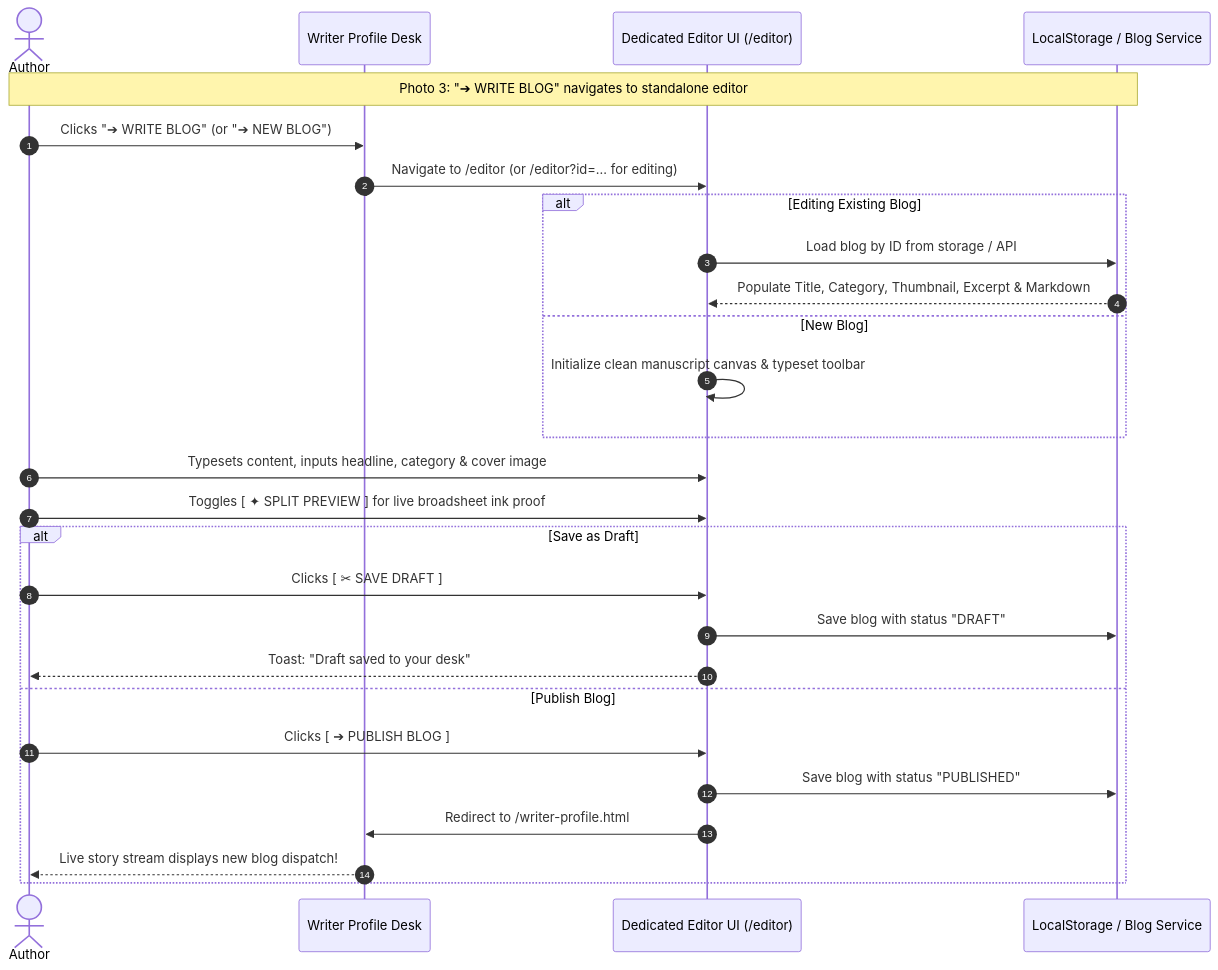
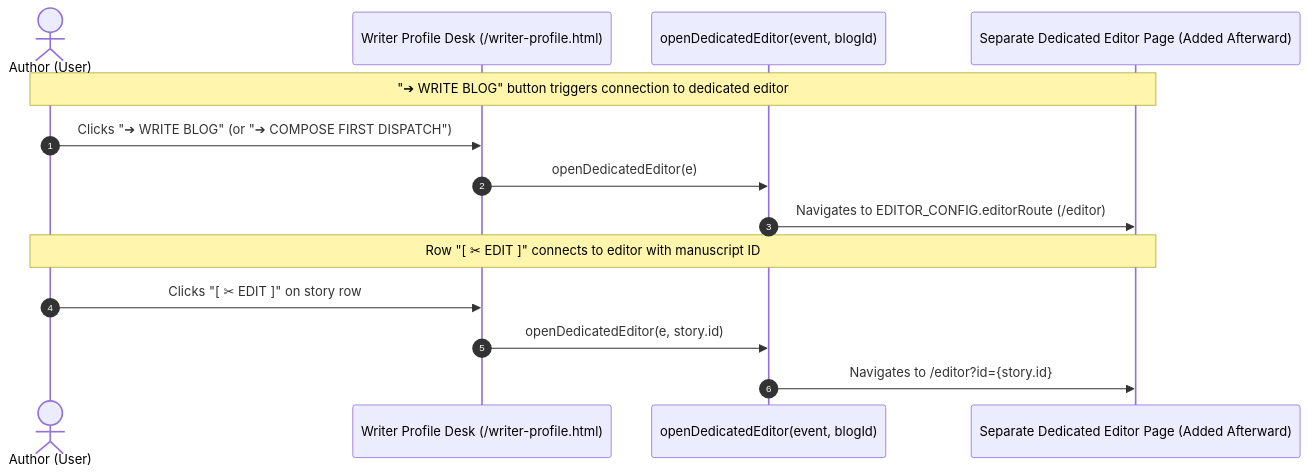
Before and after one commit to ACES-PVGCOET/aces-blogs-frontend: the third of 4 diagrams in connections.md, drawn with Mermaid. The commit also changed other lines of this file and 5 other files, not shown here.

Commit message:
Refine writer profile: clean modal popups, theme sync, and connect editor hook

````diff
--- a/connections.md
+++ b/connections.md
@@ -91,33 +92,18 @@
 ```mermaid
 sequenceDiagram
     autonumber
-    actor Author as Author
-    participant Desk as Writer Profile Desk
-    participant Editor as Dedicated Editor UI (/editor)
-    participant Storage as LocalStorage / Blog Service
+    actor Author as Author (User)
+    participant Desk as Writer Profile Desk (/writer-profile.html)
+    participant RouteHook as openDedicatedEditor(event, blogId)
+    participant DedicatedEditor as Separate Dedicated Editor Page (Added Afterward)
 
-    Note over Author,Storage: Photo 3: "➔ WRITE BLOG" navigates to standalone editor
-    Author->>Desk: Clicks "➔ WRITE BLOG" (or "➔ NEW BLOG")
-    Desk->>Editor: Navigate to /editor (or /editor?id=... for editing)
-    
-    alt Editing Existing Blog
-        Editor->>Storage: Load blog by ID from storage / API
-        Storage-->>Editor: Populate Title, Category, Thumbnail, Excerpt & Markdown
-    else New Blog
-        Editor->>Editor: Initialize clean manuscript canvas & typeset toolbar
-    end
+    Note over Author,DedicatedEditor: "➔ WRITE BLOG" button triggers connection to dedicated editor
+    Author->>Desk: Clicks "➔ WRITE BLOG" (or "➔ COMPOSE FIRST DISPATCH")
+    Desk->>RouteHook: openDedicatedEditor(e)
+    RouteHook->>DedicatedEditor: Navigates to EDITOR_CONFIG.editorRoute (/editor)
 
-    Author->>Editor: Typesets content, inputs headline, category & cover image
-    Author->>Editor: Toggles [ ✦ SPLIT PREVIEW ] for live broadsheet ink proof
-
-    alt Save as Draft
-        Author->>Editor: Clicks [ ✂ SAVE DRAFT ]
-        Editor->>Storage: Save blog with status "DRAFT"
-        Editor-->>Author: Toast: "Draft saved to your desk"
-    else Publish Blog
-        Author->>Editor: Clicks [ ➔ PUBLISH BLOG ]
-        Editor->>Storage: Save blog with status "PUBLISHED"
-        Editor->>Desk: Redirect to /writer-profile.html
-        Desk-->>Author: Live story stream displays new blog dispatch!
-    end
+    Note over Author,DedicatedEditor: Row "[ ✂ EDIT ]" connects to editor with manuscript ID
+    Author->>Desk: Clicks "[ ✂ EDIT ]" on story row
+    Desk->>RouteHook: openDedicatedEditor(e, story.id)
+    RouteHook->>DedicatedEditor: Navigates to /editor?id={story.id}
 ```
````
